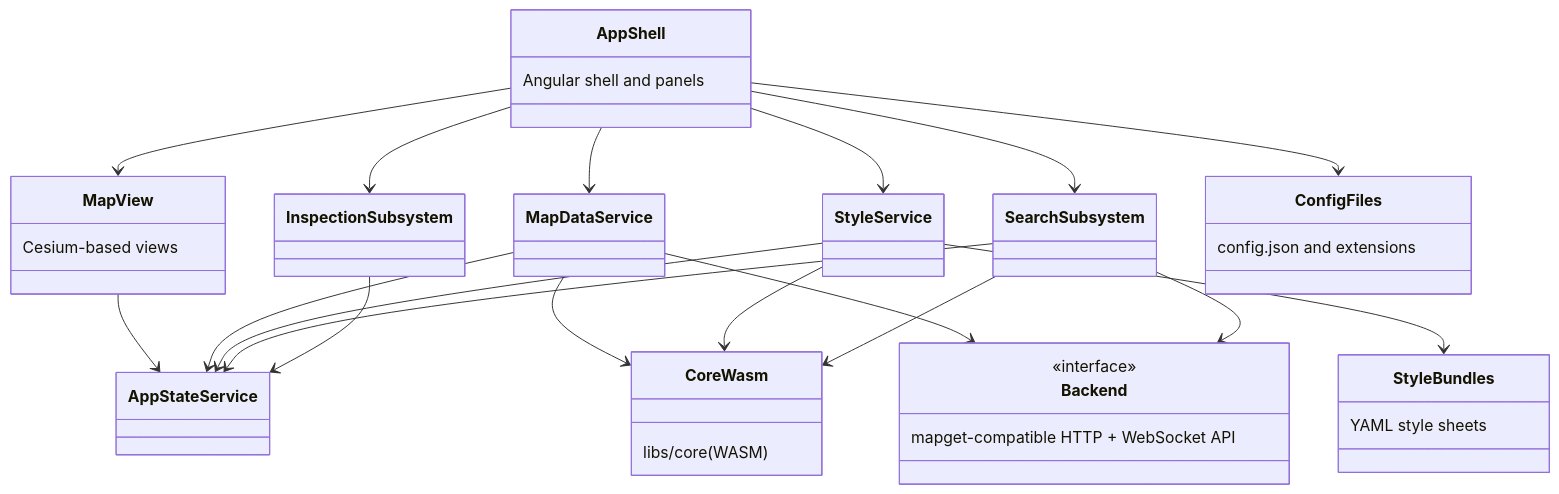
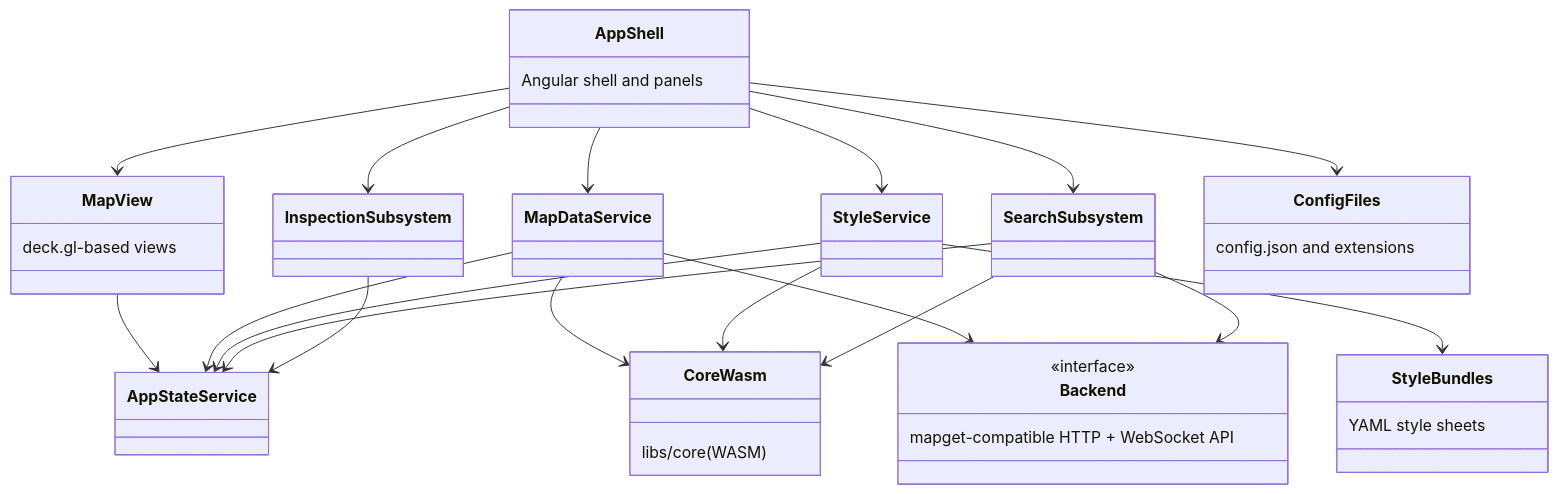
The first of 10 diagrams in docs/erdblick-dev-guide.md (ndsev/erdblick), drawn with Mermaid before and after one commit. The commit also changed other lines of this file and 108 other files, not shown here.

````diff
--- a/docs/erdblick-dev-guide.md
+++ b/docs/erdblick-dev-guide.md
@@ -49,49 +49,49 @@
 ```mermaid
 classDiagram
   class AppShell {
     Angular shell and panels
   }
   class MapView {
-    Cesium-based views
+    deck.gl-based views
   }
   class MapDataService
   class StyleService
   class SearchSubsystem
   class InspectionSubsystem
   class AppStateService
   class CoreWasm {
     libs/core (WASM)
   }
   class Backend {
     <<interface>>
     mapget-compatible HTTP + WebSocket API
   }
   class ConfigFiles {
     config.json and extensions
   }
   class StyleBundles {
     YAML style sheets
   }
 
   AppShell --> MapView
   AppShell --> MapDataService
   AppShell --> StyleService
   AppShell --> SearchSubsystem
   AppShell --> InspectionSubsystem
 
   MapView --> AppStateService
   MapDataService --> AppStateService
   StyleService --> AppStateService
   SearchSubsystem --> AppStateService
   InspectionSubsystem --> AppStateService
 
   MapDataService --> CoreWasm
   StyleService --> CoreWasm
   SearchSubsystem --> CoreWasm
 
   MapDataService --> Backend
   SearchSubsystem --> Backend
 
   AppShell --> ConfigFiles
   StyleService --> StyleBundles
 ```
````
